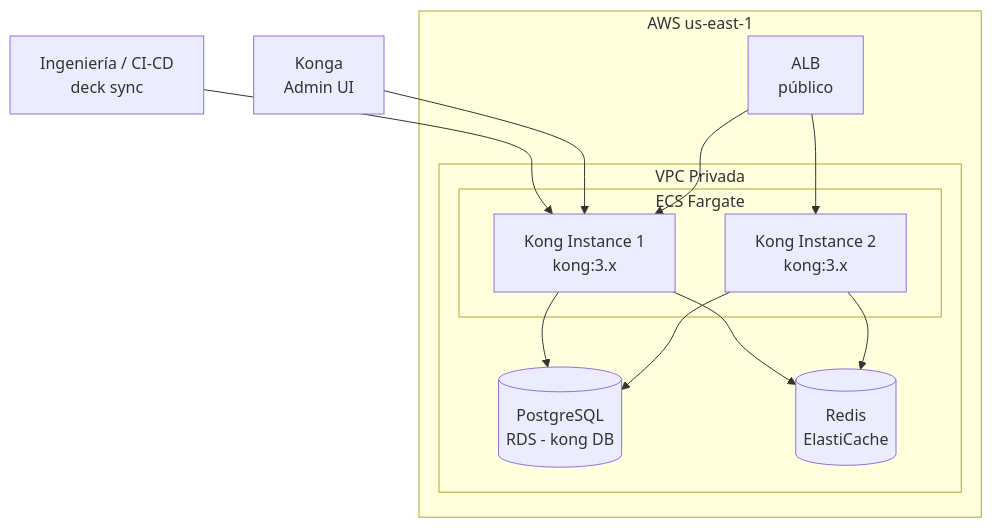
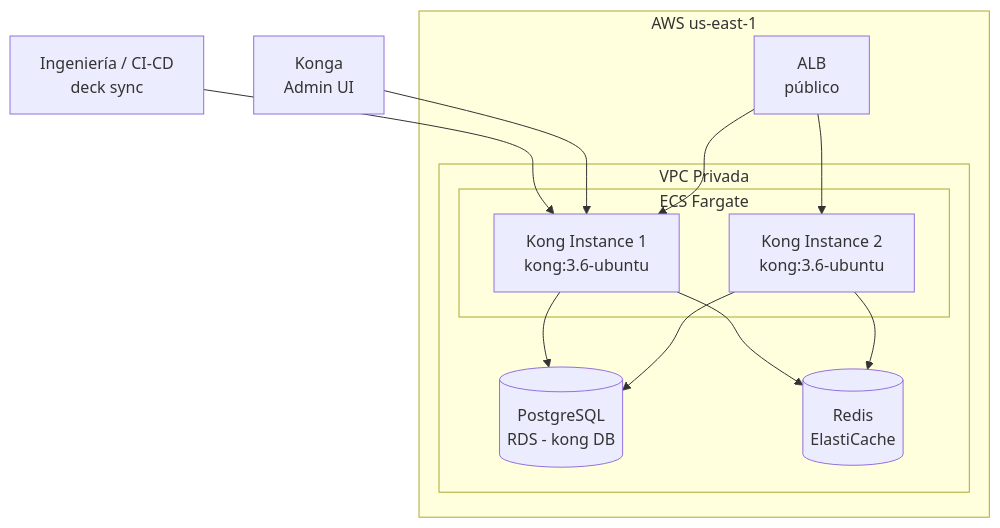
The diagram in docs/plataforma-corporativa/plataforma-de-integracion/api-gateway/07-vista-implementacion.md (jclemente-tlm/tlm-doc-architecture), drawn with Mermaid before and after one commit. The commit also changed 3 other files, not shown here.

````diff
--- a/docs/plataforma-corporativa/plataforma-de-integracion/api-gateway/07-vista-implementacion.md
+++ b/docs/plataforma-corporativa/plataforma-de-integracion/api-gateway/07-vista-implementacion.md
@@ -11,29 +11,29 @@
 ```mermaid
 graph TD
     subgraph AWS us-east-1
         ALB[ALB
 público]
         subgraph VPC Privada
             subgraph ECS Fargate
                 K1[Kong Instance 1
-kong:3.x]
+kong:3.6-ubuntu]
                 K2[Kong Instance 2
-kong:3.x]
+kong:3.6-ubuntu]
             end
             PG[(PostgreSQL
 RDS - kong DB)]
             RD[(Redis
 ElastiCache)]
         end
     end
     INF[Ingeniería / CI-CD
 deck sync] --> K1
     KG[Konga
 Admin UI] --> K1
     ALB --> K1
     ALB --> K2
     K1 --> PG
     K2 --> PG
     K1 --> RD
     K2 --> RD
 ```
````
